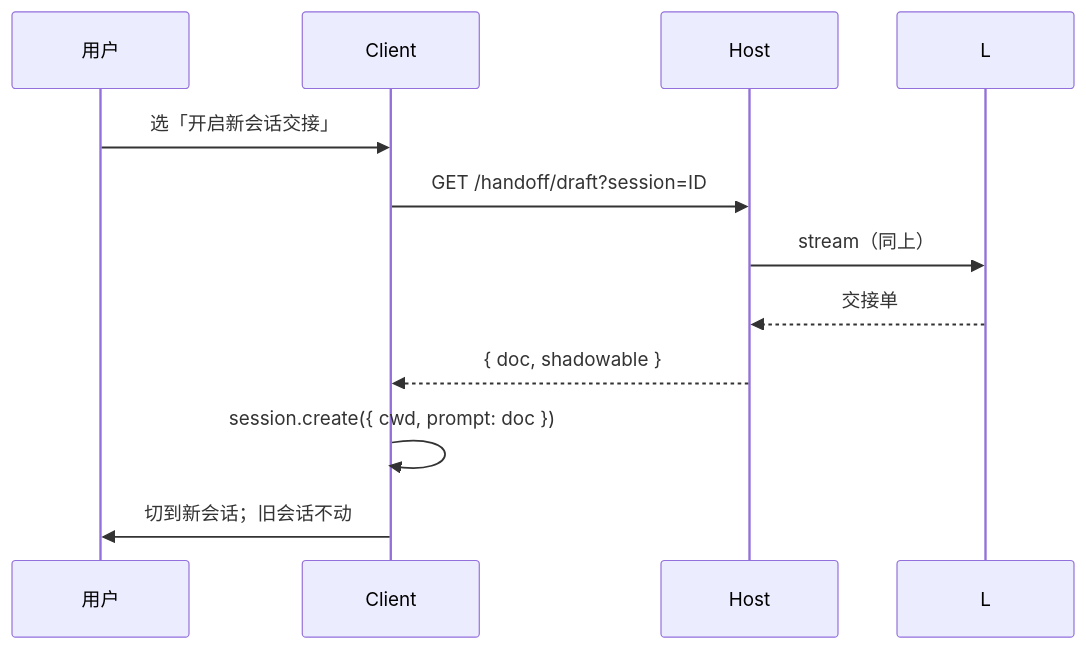
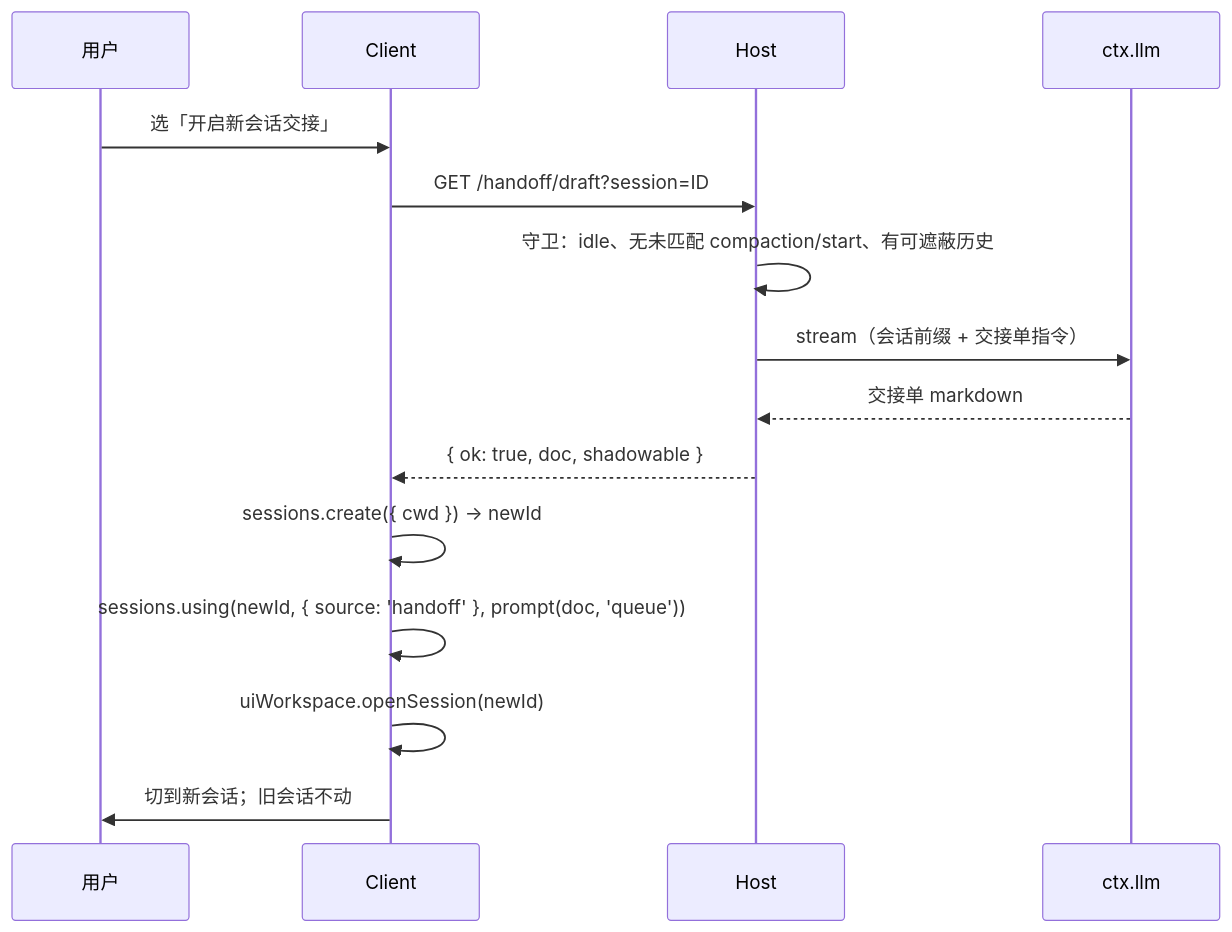
The second of 2 diagrams in docs/plugins/handoff/design.md (zh880517/dsh_plugins), drawn with Mermaid before and after one commit. The commit also changed other lines of this file and 21 other files, not shown here.

````diff
--- a/docs/plugins/handoff/design.md
+++ b/docs/plugins/handoff/design.md
@@ -64,14 +68,18 @@
 ```mermaid
 sequenceDiagram
   participant U as 用户
   participant C as Client
   participant H as Host
+  participant L as ctx.llm
 
   U->>C: 选「开启新会话交接」
   C->>H: GET /handoff/draft?session=ID
-  H->>L: stream（同上）
-  L-->>H: 交接单
-  H-->>C: { doc, shadowable }
-  C->>C: session.create({ cwd, prompt: doc })
+  H->>H: 守卫：idle、无未匹配 compaction/start、有可遮蔽历史
+  H->>L: stream（会话前缀 + 交接单指令）
+  L-->>H: 交接单 markdown
+  H-->>C: { ok: true, doc, shadowable }
+  C->>C: sessions.create({ cwd }) → newId
+  C->>C: sessions.using(newId, { source: 'handoff' }, prompt(doc, 'queue'))
+  C->>C: uiWorkspace.openSession(newId)
   C->>U: 切到新会话；旧会话不动
 ```
````
